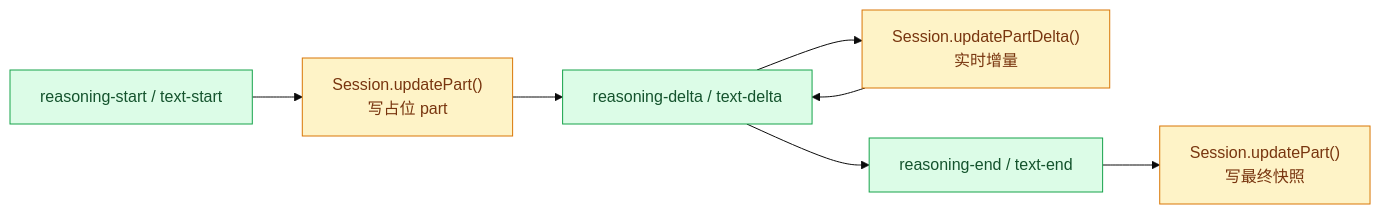
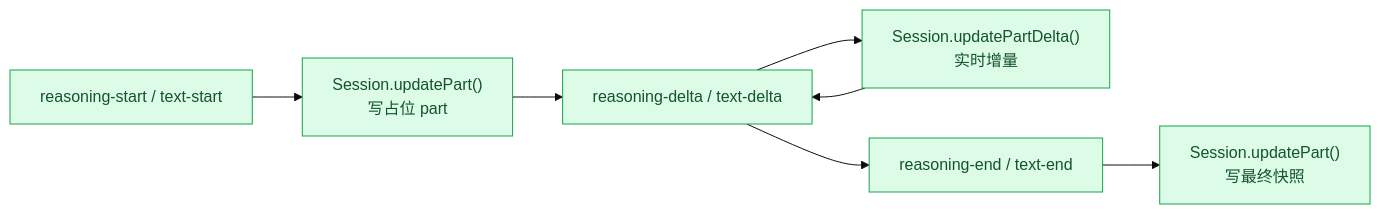
The seventh of 22 diagrams in opencode_kickoff/A07-durable-state.md (feuyeux/agent-study), drawn with Mermaid (base theme) before and after one commit. The commit also changed other lines of this file, not shown here.

Commit message:
docs(opencode_kickoff): unify A07 diagram colors

````diff
--- a/opencode_kickoff/A07-durable-state.md
+++ b/opencode_kickoff/A07-durable-state.md
@@ -336,23 +333,22 @@
 ```mermaid
 flowchart LR
     Start["reasoning-start / text-start"]
     Placeholder["Session.updatePart()<br/>写占位 part"]
     Delta["reasoning-delta / text-delta"]
     Realtime["Session.updatePartDelta()<br/>实时增量"]
     End["reasoning-end / text-end"]
     Final["Session.updatePart()<br/>写最终快照"]
 
     Start --> Placeholder
     Placeholder --> Delta
     Delta --> Realtime
     Realtime --> Delta
     Delta --> End --> Final
 
     classDef producer fill:#DCFCE7,stroke:#16A34A,color:#14532D;
     classDef consumer fill:#DBEAFE,stroke:#2563EB,color:#1E3A8A;
     classDef bridge fill:#FEF3C7,stroke:#D97706,color:#78350F;
     classDef storage fill:#F3F4F6,stroke:#6B7280,color:#111827;
 
-    class Start,Delta,End producer;
-    class Placeholder,Realtime,Final bridge;
+    class Start,Placeholder,Delta,Realtime,End,Final producer;
 ```
````
